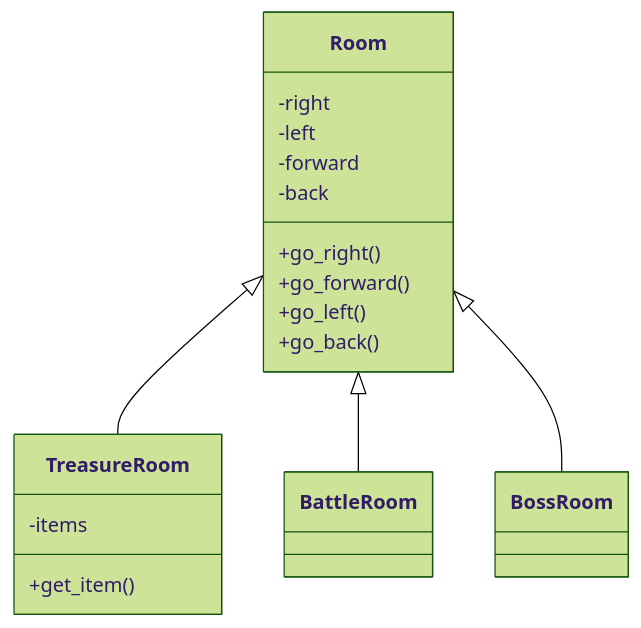
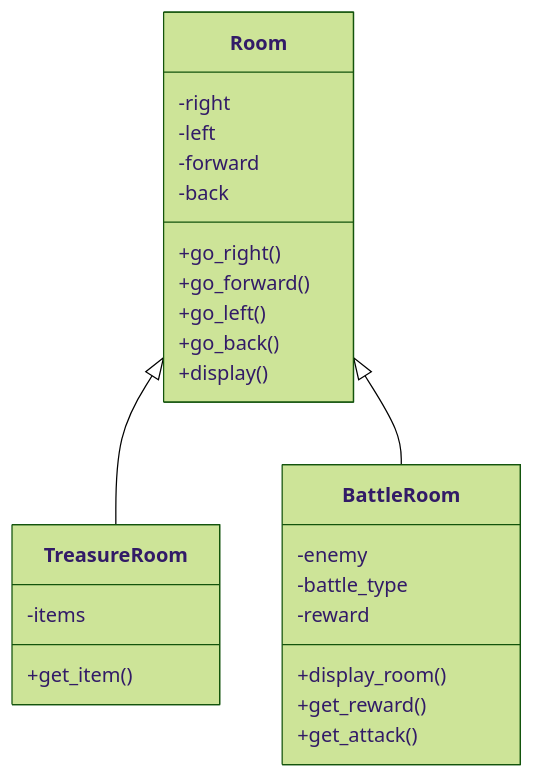
One commit to edward-yee-ny/j1-summary-project-private- changed the first of 3 diagrams in README.md. Above: the diagram before and after it, drawn with Mermaid (forest theme).

````diff
--- a/README.md
+++ b/README.md
@@ -60,17 +60,23 @@
 ```mermaid
 classDiagram
     Room <|-- TreasureRoom
     Room <|-- BattleRoom
-    Room <|-- BossRoom
     Room : -right
     Room : -left
     Room : -forward
     Room : -back
     Room : +go_right()
     Room : +go_forward()
     Room : +go_left()
     Room : +go_back()
+    Room : +display()
     TreasureRoom : -items
     TreasureRoom : +get_item()
+    BattleRoom : -enemy
+    BattleRoom : -battle_type
+    BattleRoom : -reward
+    BattleRoom : +display_room()
+    BattleRoom : +get_reward()
+    BattleRoom : +get_attack()
     
 ```
````
